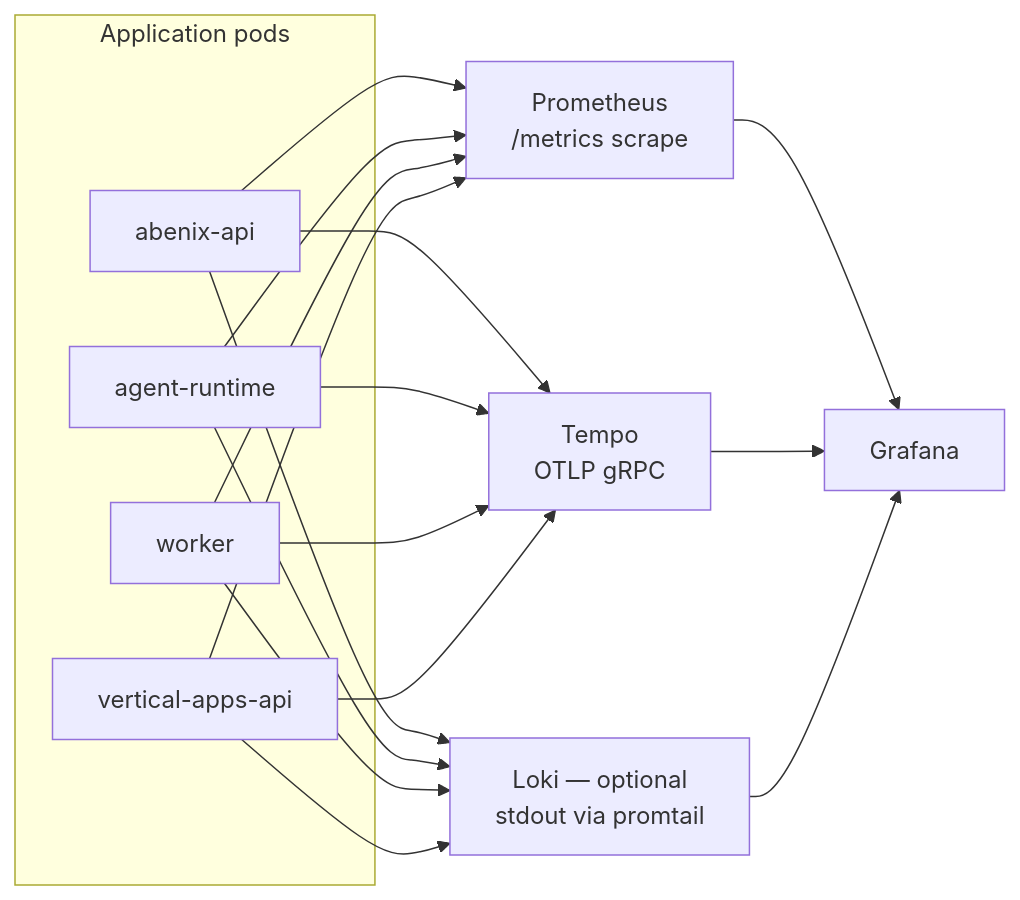
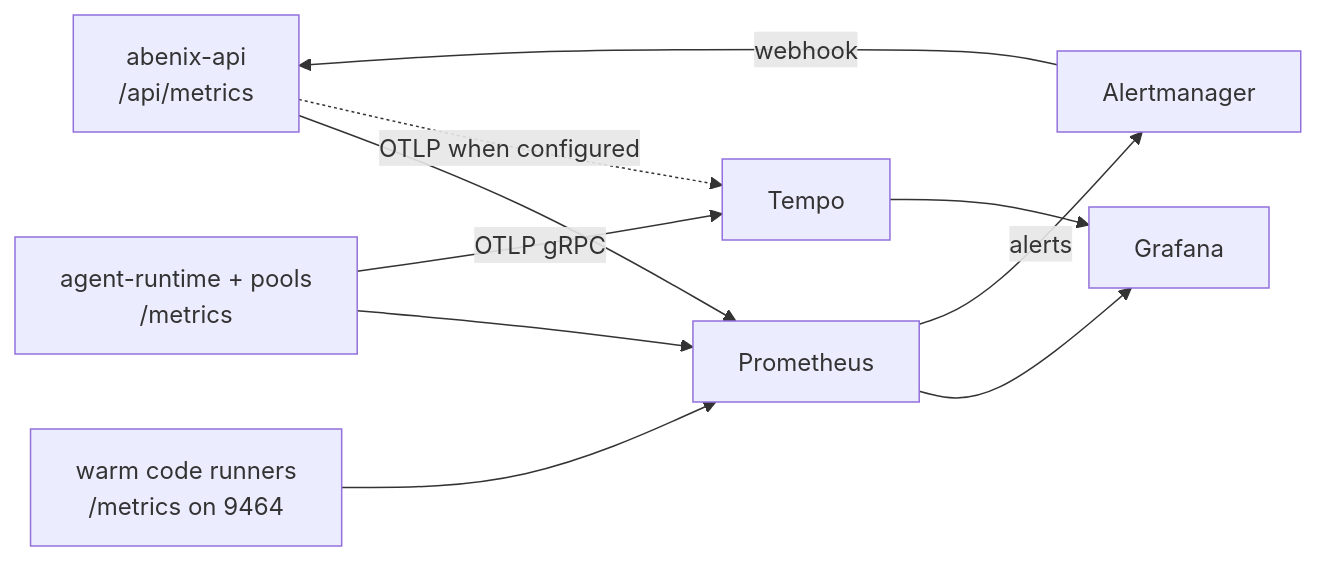
One commit to sarkar4777/abenix changed the diagram in docs/06-deployment/04-observability.md. Above: the diagram before and after it, drawn with Mermaid. The commit also changed other lines of this file and 288 other files, not shown here.

````diff
--- a/docs/06-deployment/04-observability.md
+++ b/docs/06-deployment/04-observability.md
@@ -9,28 +9,12 @@
 ```mermaid
 flowchart LR
-  subgraph APPS["Application pods"]
-    AAPI[abenix-api]
-    AR[agent-runtime]
-    W[worker]
-    VAPI[vertical-apps-api]
-  end
-
-  AAPI --> P[Prometheus<br/>/metrics scrape]
-  AR --> P
-  W --> P
-  VAPI --> P
-
-  AAPI --> TEMPO[Tempo<br/>OTLP gRPC]
-  AR --> TEMPO
-  W --> TEMPO
-  VAPI --> TEMPO
-
-  AAPI --> LOKI[Loki — optional<br/>stdout via promtail]
-  AR --> LOKI
-  W --> LOKI
-  VAPI --> LOKI
-
+  API[abenix-api<br/>/api/metrics] --> P[Prometheus]
+  AR[agent-runtime + pools<br/>/metrics] --> P
+  CR[warm code runners<br/>/metrics on 9464] --> P
+  AR -->|OTLP gRPC| T[Tempo]
+  API -.->|OTLP when configured| T
   P --> G[Grafana]
-  TEMPO --> G
-  LOKI --> G
+  T --> G
+  P -->|alerts| AM[Alertmanager]
+  AM -->|webhook| API
 ```
````
